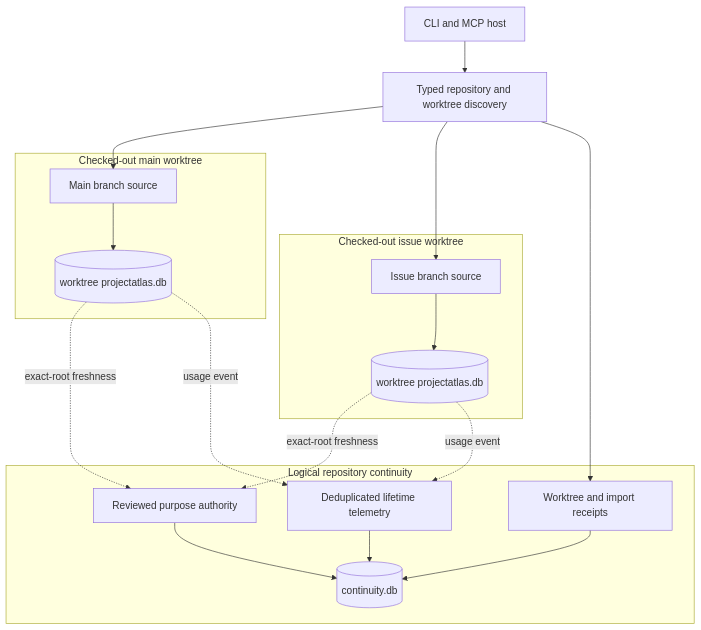
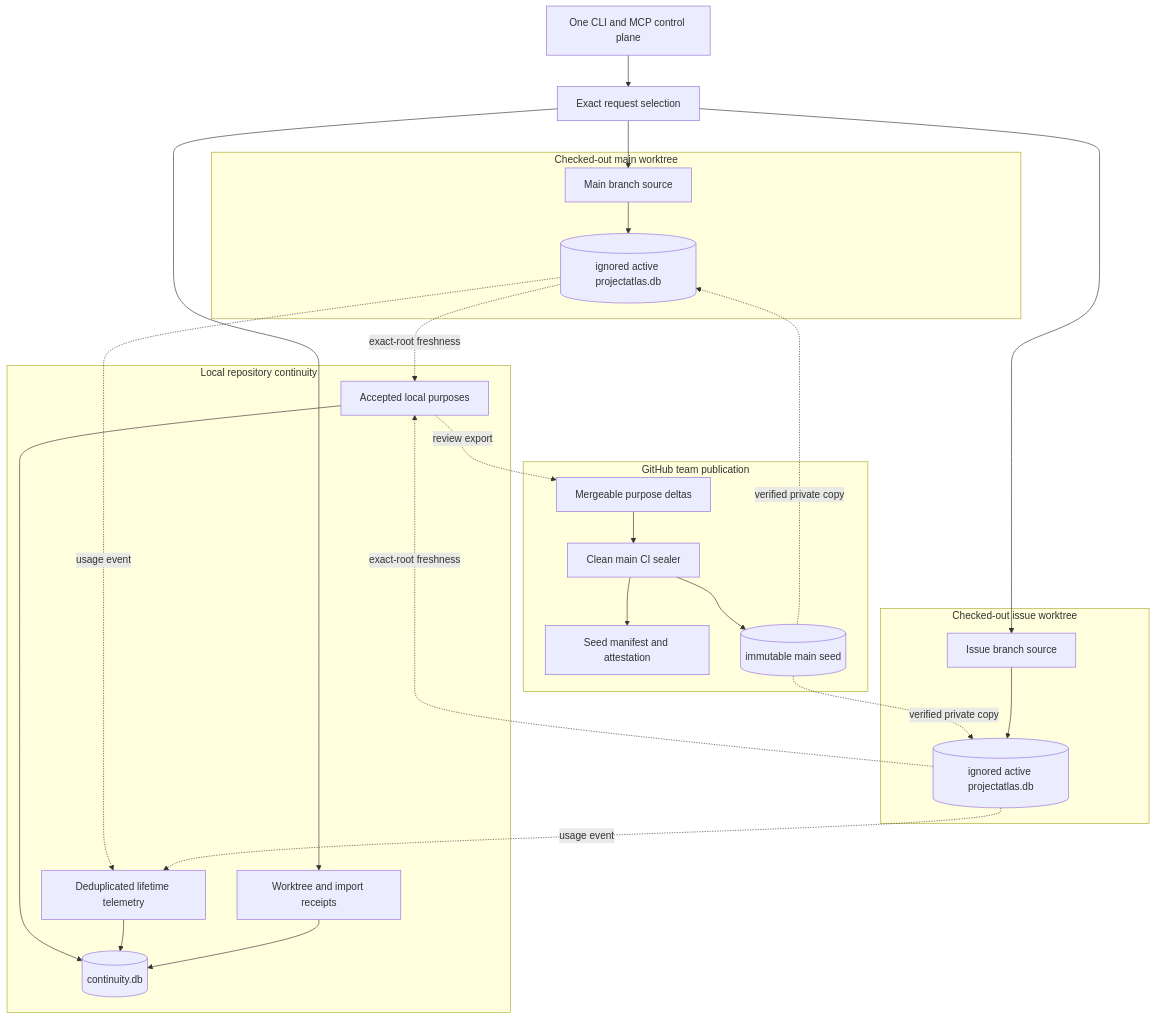
The first of 7 diagrams in docs/worktree-lifecycle.md (styler-ai/ProjectAtlas), drawn with Mermaid before and after one commit. The commit also changed other lines of this file and 7 other files, not shown here.

Commit message:
docs(openspec): expand worktree atlas continuity (#430)

````diff
--- a/docs/worktree-lifecycle.md
+++ b/docs/worktree-lifecycle.md
@@ -9,38 +9,50 @@
 ```mermaid
 flowchart TB
-    Host[CLI and MCP host]
-    Root[Typed repository and worktree discovery]
+    Host[One CLI and MCP control plane]
+    Root[Exact request selection]
 
-    subgraph Common[Logical repository continuity]
+    subgraph GitHub[GitHub team publication]
+        Delta[Mergeable purpose deltas]
+        Manifest[Seed manifest and attestation]
+        Seed[(immutable main seed)]
+        CI[Clean main CI sealer]
+        Delta --> CI --> Seed
+        CI --> Manifest
+    end
+
+    subgraph Common[Local repository continuity]
         Continuity[(continuity.db)]
-        Purposes[Reviewed purpose authority]
+        Purposes[Accepted local purposes]
         Telemetry[Deduplicated lifetime telemetry]
         Registry[Worktree and import receipts]
     end
 
     subgraph Main[Checked-out main worktree]
         MainSource[Main branch source]
-        MainAtlas[(worktree projectatlas.db)]
+        MainAtlas[(ignored active projectatlas.db)]
     end
 
     subgraph Issue[Checked-out issue worktree]
         IssueSource[Issue branch source]
-        IssueAtlas[(worktree projectatlas.db)]
+        IssueAtlas[(ignored active projectatlas.db)]
     end
 
     Host --> Root
     Root --> MainSource
     Root --> IssueSource
+    Seed -. verified private copy .-> MainAtlas
+    Seed -. verified private copy .-> IssueAtlas
     MainSource --> MainAtlas
     IssueSource --> IssueAtlas
     Root --> Registry
     Purposes --> Continuity
     Telemetry --> Continuity
     Registry --> Continuity
     MainAtlas -. exact-root freshness .-> Purposes
     IssueAtlas -. exact-root freshness .-> Purposes
     MainAtlas -. usage event .-> Telemetry
     IssueAtlas -. usage event .-> Telemetry
+    Purposes -. review export .-> Delta
 
     MainAtlas ~~~ IssueAtlas
 ```
````
